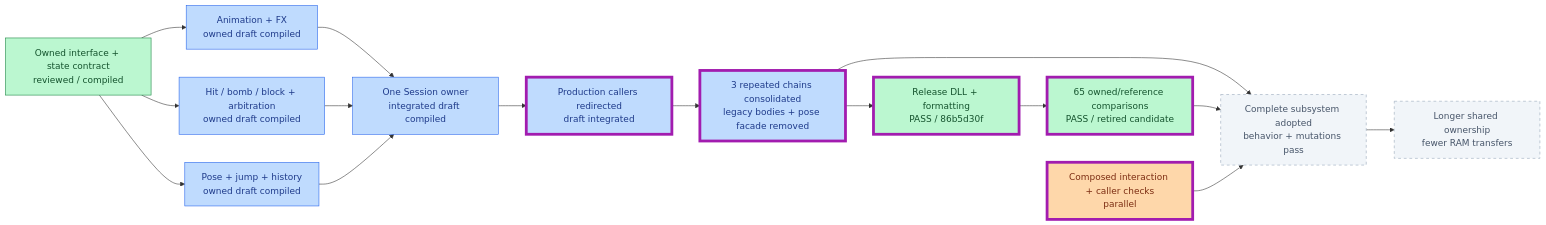
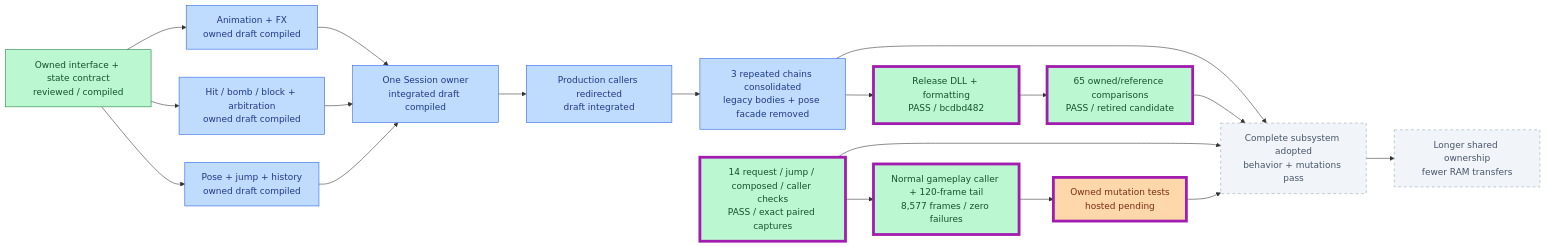
Before and after one commit to JimLundin/sm-decomp: the second of 24 diagrams in PROGRESS.md, drawn with Mermaid. The commit also changed other lines of this file and 61 other files, not shown here.

````diff
--- a/PROGRESS.md
+++ b/PROGRESS.md
@@ -27,22 +27,24 @@
 ```mermaid
 flowchart LR
     DESIGN["Owned interface + state contract<br/>reviewed / compiled"]:::done --> ANIM["Animation + FX<br/>owned draft compiled"]:::draft
     DESIGN --> REQUEST["Hit / bomb / block + arbitration<br/>owned draft compiled"]:::draft
     DESIGN --> POSE["Pose + jump + history<br/>owned draft compiled"]:::draft
     ANIM --> OWNER["One Session owner<br/>integrated draft compiled"]:::draft
     REQUEST --> OWNER
     POSE --> OWNER
     OWNER --> CALLERS["Production callers redirected<br/>draft integrated"]:::draft
     CALLERS --> DELETE["3 repeated chains consolidated<br/>legacy bodies + pose facade removed"]:::draft
     DELETE --> ADOPT["Complete subsystem adopted<br/>behavior + mutations pass"]:::pending
-    DELETE --> BUILD["Release DLL + formatting<br/>PASS / 86b5d30f"]:::done
+    DELETE --> BUILD["Release DLL + formatting<br/>PASS / bcdbd482"]:::done
     BUILD --> COMPARE["65 owned/reference comparisons<br/>PASS / retired candidate"]:::done --> ADOPT
-    CHECKS["Composed interaction + caller checks<br/>parallel"]:::active --> ADOPT
+    CHECKS["14 request / jump / composed / caller checks<br/>PASS / exact paired captures"]:::done --> ADOPT
+    CHECKS --> MOVIE["Normal gameplay caller + 120-frame tail<br/>8,577 frames / zero failures"]:::done
+    MOVIE --> MUT["Owned mutation tests<br/>hosted pending"]:::active --> ADOPT
     ADOPT --> NEXT["Longer shared ownership<br/>fewer RAM transfers"]:::pending
-    class CALLERS,DELETE,BUILD,COMPARE,CHECKS changed
+    class BUILD,COMPARE,CHECKS,MOVIE,MUT changed
     classDef done fill:#bbf7d0,stroke:#15803d,color:#14532d
     classDef draft fill:#bfdbfe,stroke:#2563eb,color:#1e3a8a
     classDef active fill:#fed7aa,stroke:#ea580c,color:#7c2d12
     classDef pending fill:#f1f5f9,stroke:#94a3b8,color:#475569,stroke-dasharray:5 5
     classDef changed stroke:#a21caf,stroke-width:5px
 ```
````
